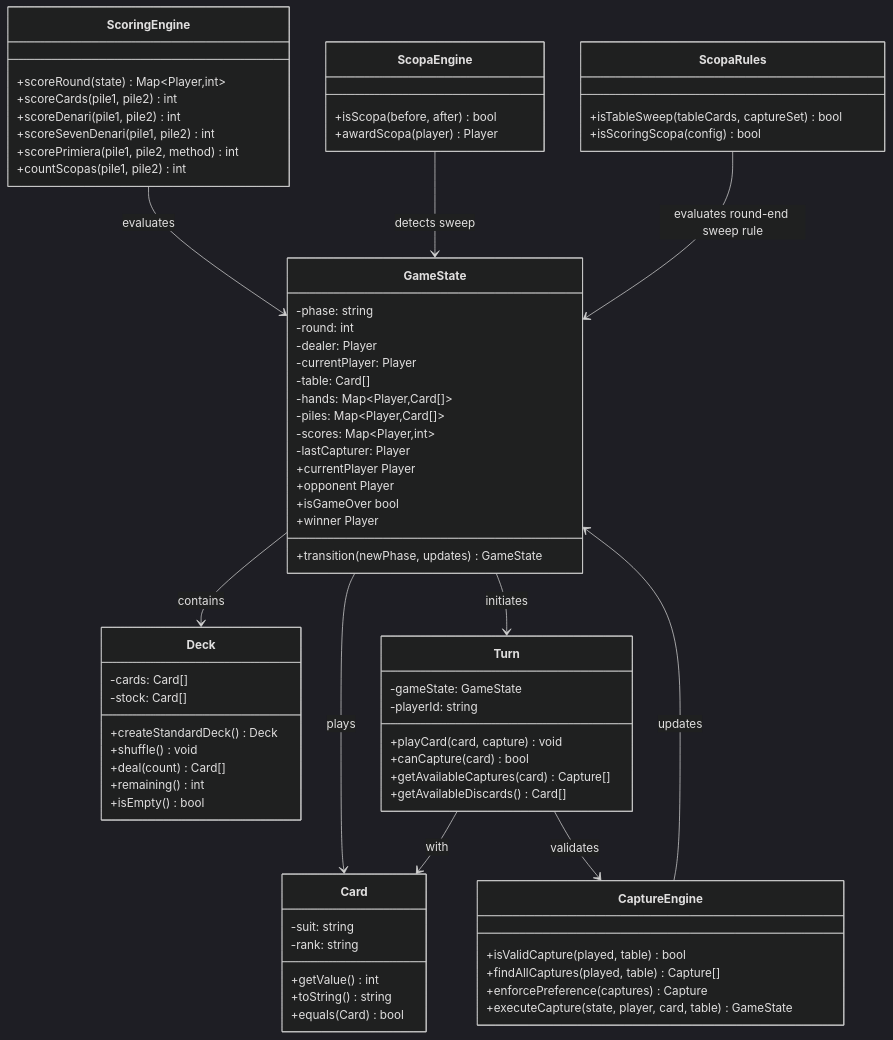
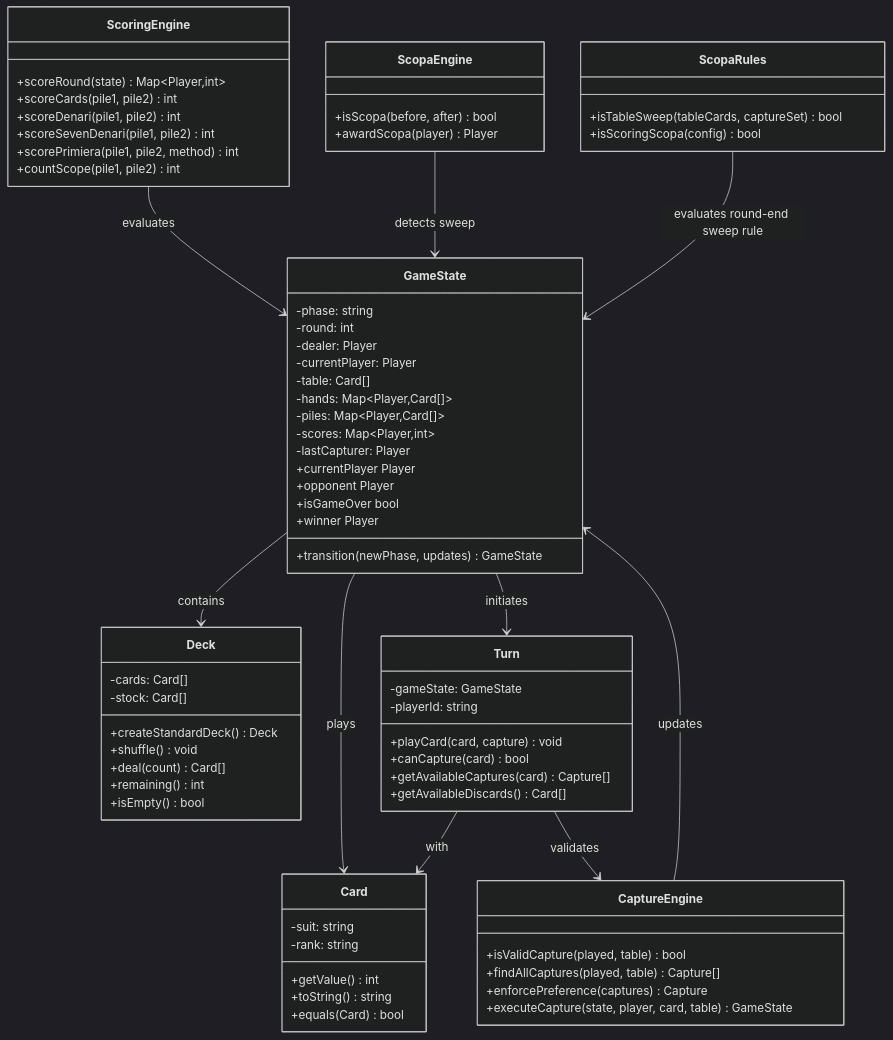
The first of 13 diagrams in doc/software_architecture_diagrams.md (OMerkel/Finucci), drawn with Mermaid (dark theme) before and after one commit. The commit also changed other lines of this file and 189 other files, not shown here.

````diff
--- a/doc/software_architecture_diagrams.md
+++ b/doc/software_architecture_diagrams.md
@@ -39,82 +39,82 @@
 ```mermaid
 classDiagram
     class Card {
         -suit: string
         -rank: string
         +getValue() int
         +toString() string
         +equals(Card) bool
     }
 
     class Deck {
         -cards: Card[]
         -stock: Card[]
         +createStandardDeck() Deck
         +shuffle() void
         +deal(count) Card[]
         +remaining() int
         +isEmpty() bool
     }
 
     class GameState {
         -phase: string
         -round: int
         -dealer: Player
         -currentPlayer: Player
         -table: Card[]
         -hands: Map~Player,Card[]~
         -piles: Map~Player,Card[]~
         -scores: Map~Player,int~
         -lastCapturer: Player
         +transition(newPhase, updates) GameState
         +currentPlayer Player
         +opponent Player
         +isGameOver bool
         +winner Player
     }
 
     class Turn {
         -gameState: GameState
         -playerId: string
         +playCard(card, capture) void
         +canCapture(card) bool
         +getAvailableCaptures(card) Capture[]
         +getAvailableDiscards() Card[]
     }
 
     class CaptureEngine {
         +isValidCapture(played, table) bool
         +findAllCaptures(played, table) Capture[]
         +enforcePreference(captures) Capture
         +executeCapture(state, player, card, table) GameState
     }
 
     class ScoringEngine {
         +scoreRound(state) Map~Player,int~
         +scoreCards(pile1, pile2) int
         +scoreDenari(pile1, pile2) int
         +scoreSevenDenari(pile1, pile2) int
         +scorePrimiera(pile1, pile2, method) int
-        +countScopas(pile1, pile2) int
+        +countScope(pile1, pile2) int
     }
 
     class ScopaEngine {
         +isScopa(before, after) bool
         +awardScopa(player) Player
     }
 
     class ScopaRules {
         +isTableSweep(tableCards, captureSet) bool
         +isScoringScopa(config) bool
     }
 
     GameState --> Deck: contains
     GameState --> Card: plays
     GameState --> Turn: initiates
     Turn --> CaptureEngine: validates
     Turn --> Card: with
     CaptureEngine --> GameState: updates
     ScoringEngine --> GameState: evaluates
     ScopaEngine --> GameState: detects sweep
     ScopaRules --> GameState: evaluates round-end sweep rule
 ```
````
